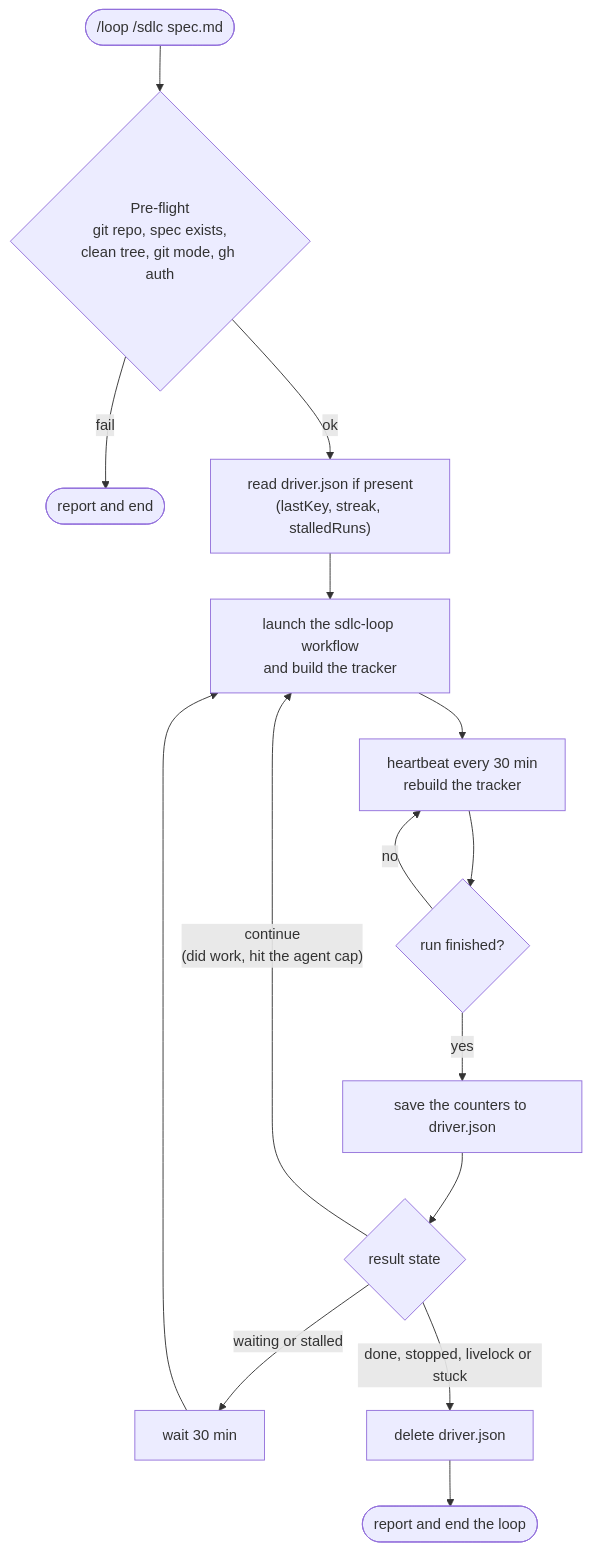
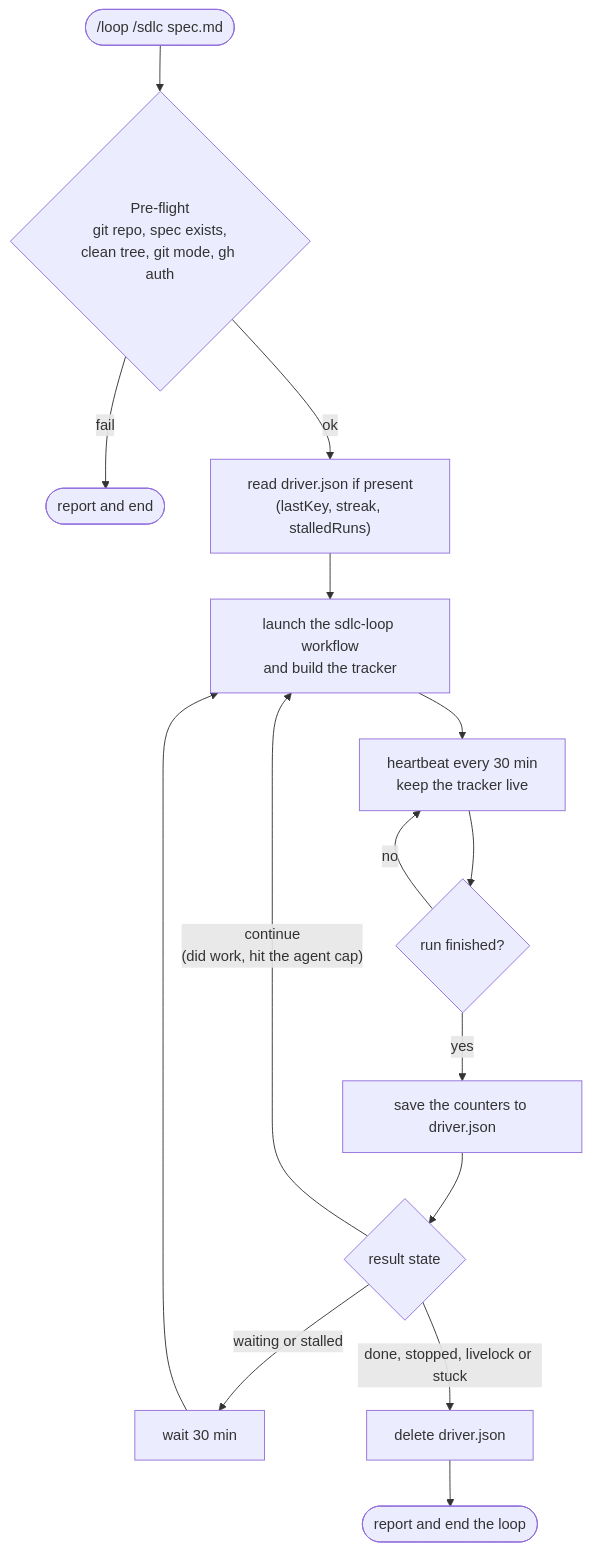
One commit to omarahr/sdlc changed the first of 8 diagrams in README.md. Above: the diagram before and after it, drawn with Mermaid. The commit also changed other lines of this file and 5 other files, not shown here.

````diff
--- a/README.md
+++ b/README.md
@@ -175,15 +176,15 @@
 ```mermaid
 flowchart TD
   U(["/loop /sdlc spec.md"]) --> PF{"Pre-flight<br/>git repo, spec exists,<br/>clean tree, git mode, gh auth"}
   PF -- fail --> X1(["report and end"])
   PF -- ok --> DF["read driver.json if present<br/>(lastKey, streak, stalledRuns)"]
   DF --> L["launch the sdlc-loop workflow<br/>and build the tracker"]
-  L --> HB["heartbeat every 30 min<br/>rebuild the tracker"]
+  L --> HB["heartbeat every 30 min<br/>keep the tracker live"]
   HB --> L2{"run finished?"}
   L2 -- no --> HB
   L2 -- yes --> SV["save the counters to driver.json"]
   SV --> S{"result state"}
   S -- "continue<br/>(did work, hit the agent cap)" --> L
   S -- "waiting or stalled" --> W["wait 30 min"] --> L
   S -- "done, stopped, livelock or stuck" --> DEL["delete driver.json"] --> E(["report and end the loop"])
 ```
````
